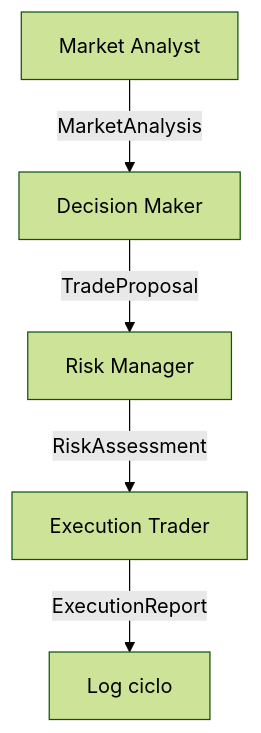
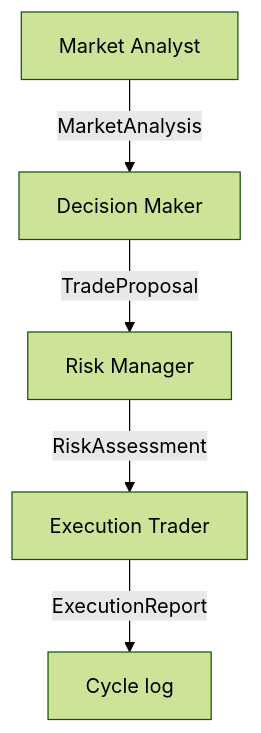
Before and after one commit to Mardock137/mdk_crypto_trading: the diagram in docs/decision_logic.md, drawn with Mermaid (forest theme). The commit also changed other lines of this file and 12 other files, not shown here.

````diff
--- a/docs/decision_logic.md
+++ b/docs/decision_logic.md
@@ -24,7 +24,7 @@
 ```mermaid
 flowchart TD
     MA["Market Analyst"] -->|MarketAnalysis| DM["Decision Maker"]
     DM -->|TradeProposal| RM["Risk Manager"]
     RM -->|RiskAssessment| ET["Execution Trader"]
-    ET -->|ExecutionReport| LOG["Log ciclo"]
+    ET -->|ExecutionReport| LOG["Cycle log"]
 ```
````
